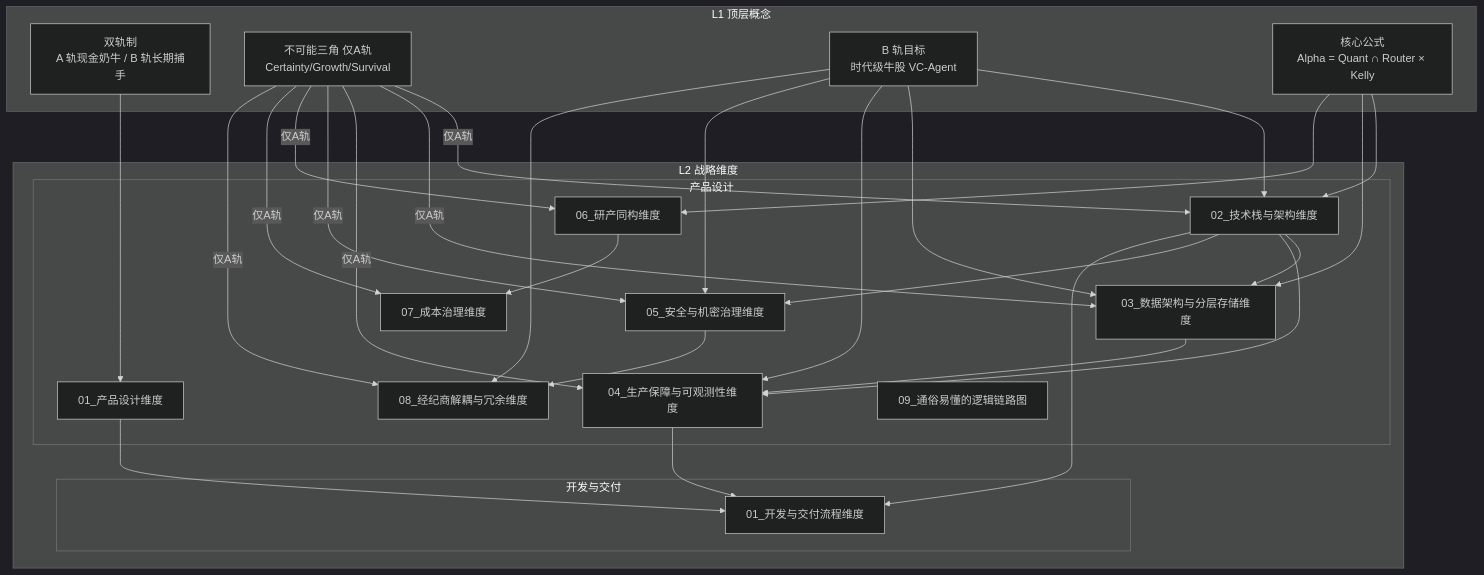
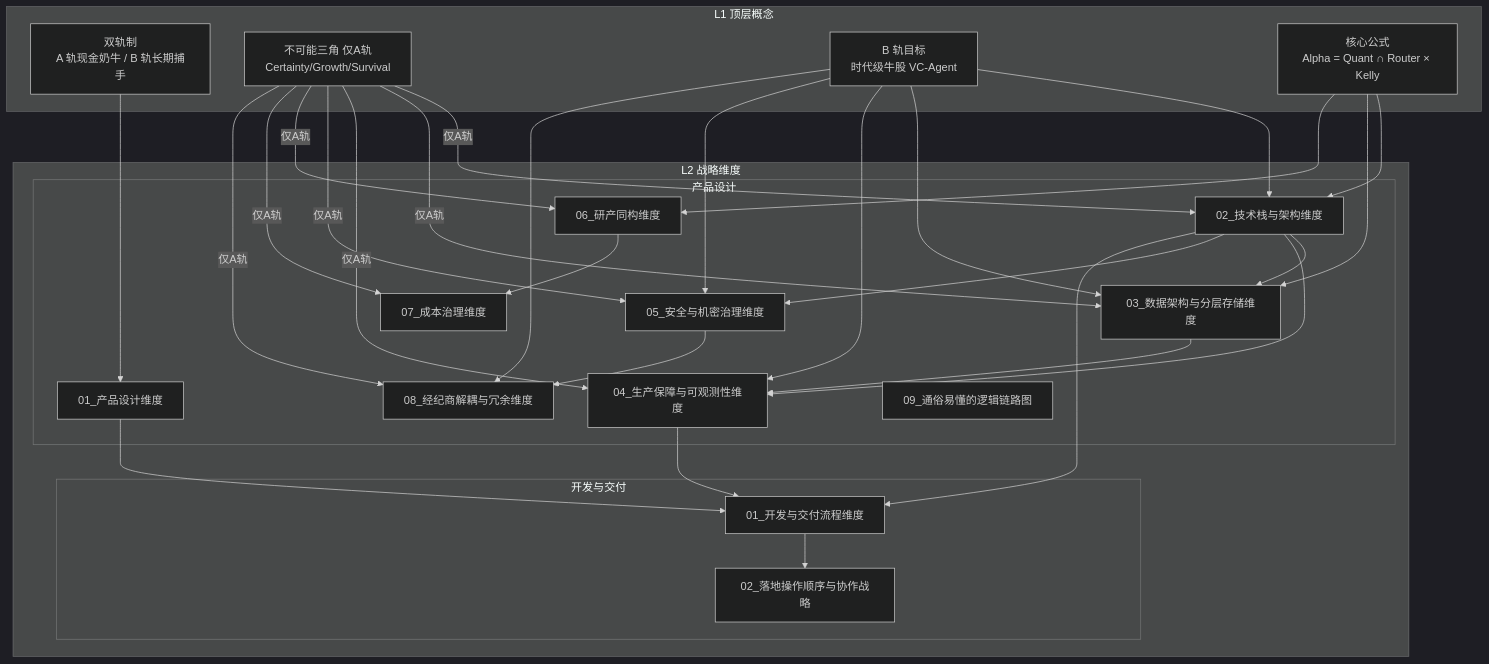
One commit to myxxhui/diting-doc changed the diagram in 02_战略维度/00_维度关系总览.md. Above: the diagram before and after it, drawn with Mermaid (dark theme). The commit also changed other lines of this file and 52 other files, not shown here.

````diff
--- a/02_战略维度/00_维度关系总览.md
+++ b/02_战略维度/00_维度关系总览.md
@@ -14,54 +14,56 @@
 ```mermaid
 flowchart TB
     subgraph L1[L1 顶层概念]
         Barbell[双轨制<br/>A 轨现金奶牛 / B 轨长期捕手]
         Triangle[不可能三角 仅A轨<br/>Certainty/Growth/Survival]
         BGoal[B 轨目标<br/>时代级牛股 VC-Agent]
         Formula[核心公式<br/>Alpha = Quant ∩ Router × Kelly]
     end
 
     subgraph L2[L2 战略维度]
         subgraph 产品设计[产品设计]
             PD0[01_产品设计维度]
             PD1[02_技术栈与架构维度]
             PD2[03_数据架构与分层存储维度]
             PD3[04_生产保障与可观测性维度]
             PD4[05_安全与机密治理维度]
             PD5[06_研产同构维度]
             PD6[07_成本治理维度]
             PD7[08_经纪商解耦与冗余维度]
             PD8[09_通俗易懂的逻辑链路图]
         end
         subgraph 开发与交付[开发与交付]
             DD1[01_开发与交付流程维度]
+            DD2[02_落地操作顺序与协作战略]
         end
     end
 
     Barbell --> PD0
     Triangle -->|仅A轨| PD1
     Triangle -->|仅A轨| PD2
     Triangle -->|仅A轨| PD3
     Triangle -->|仅A轨| PD4
     Triangle -->|仅A轨| PD5
     Triangle -->|仅A轨| PD6
     Triangle -->|仅A轨| PD7
     BGoal --> PD1
     BGoal --> PD2
     BGoal --> PD3
     BGoal --> PD4
     BGoal --> PD7
 
     Formula --> PD1
     Formula --> PD2
     Formula --> PD5
 
     PD1 --> PD2
     PD1 --> PD3
     PD1 --> PD4
     PD2 --> PD3
     PD4 --> PD7
     PD5 --> PD6
     PD1 --> DD1
     PD3 --> DD1
     PD0 --> DD1
+    DD1 --> DD2
 ```
````
